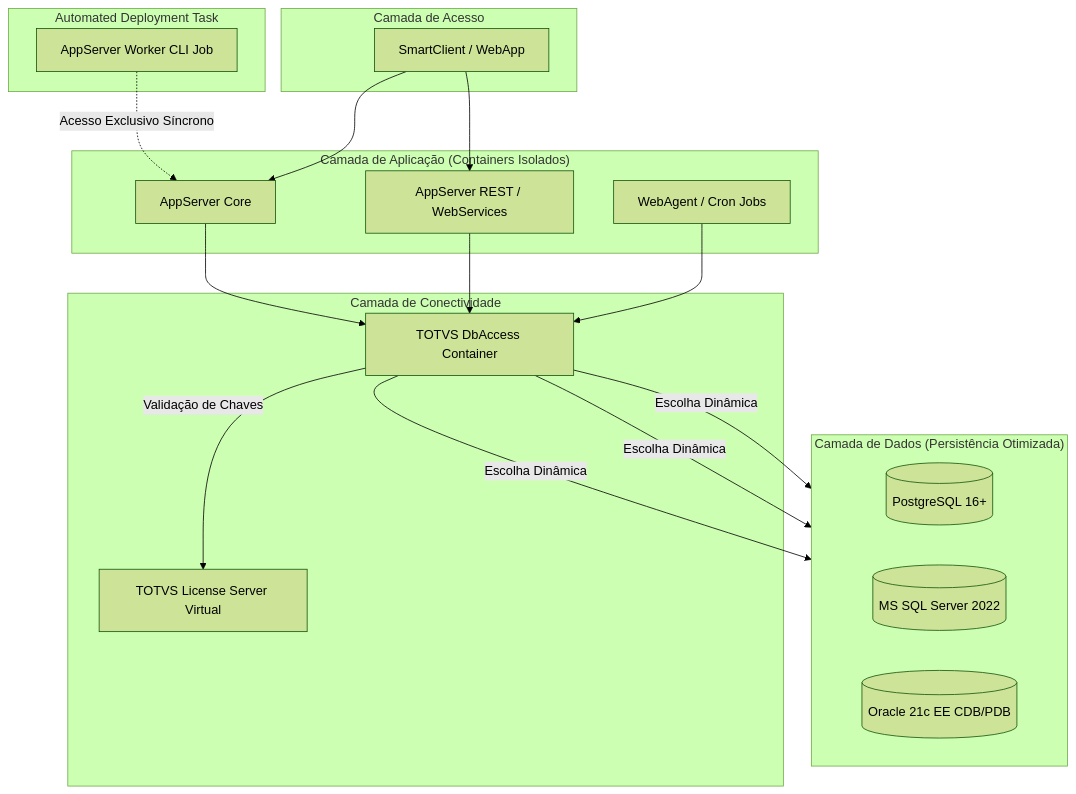
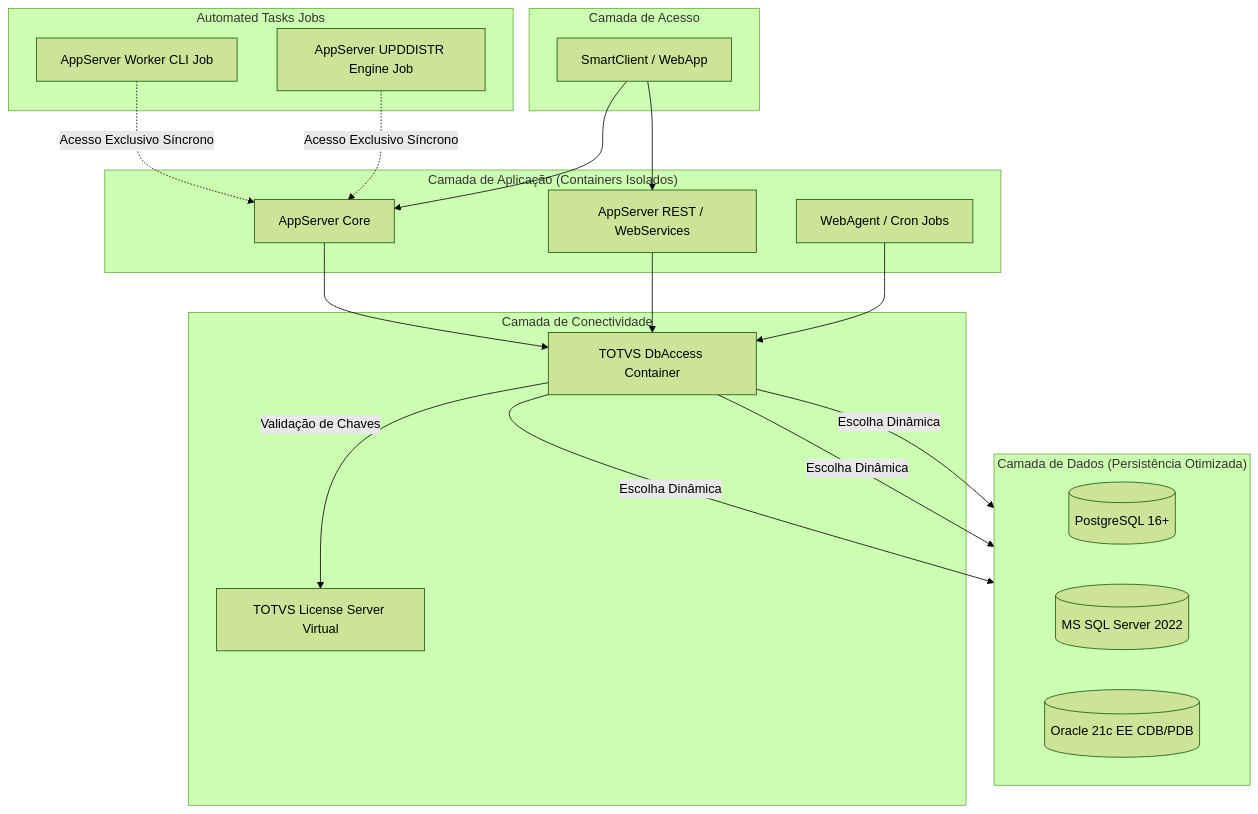
One commit to rodrigomicrosiga/totvs-protheus-modern-devops changed the diagram in README.md. Above: the diagram before and after it, drawn with Mermaid (forest theme). The commit also changed other lines of this file and 4 other files, not shown here.

First line of the commit message:
feat(migrator): implementar engine do upddistr síncrono controlado por variáveis

````diff
--- a/README.md
+++ b/README.md
@@ -13,39 +13,41 @@
 ```mermaid
 graph TD
     subgraph Cliente ["Camada de Acesso"]
         SC[SmartClient / WebApp]
     end
 
     subgraph Core ["Camada de Aplicação (Containers Isolados)"]
         APP[AppServer Core]
         WR[AppServer REST / WebServices]
         WA[WebAgent / Cron Jobs]
     end
 
-    subgraph Automation ["Automated Deployment Task"]
+    subgraph Automation ["Automated Tasks Jobs"]
         WKR[AppServer Worker CLI Job]
+        UPD[AppServer UPDDISTR Engine Job]
     end
 
     subgraph Integration ["Camada de Conectividade"]
         DBA[TOTVS DbAccess Container]
         LIC[TOTVS License Server Virtual]
     end
 
     subgraph Data ["Camada de Dados (Persistência Otimizada)"]
         direction LR
         PG[(PostgreSQL 16+)]
         MS[(MS SQL Server 2022)]
         OR[(Oracle 21c EE CDB/PDB)]
     end
 
     SC --> APP
     SC --> WR
     WKR -.->|Acesso Exclusivo Síncrono| APP
+    UPD -.->|Acesso Exclusivo Síncrono| APP
     APP --> DBA
     WR --> DBA
     WA --> DBA
     DBA -->|Validação de Chaves| LIC
     DBA -->|Escolha Dinâmica| PG
     DBA -->|Escolha Dinâmica| MS
     DBA -->|Escolha Dinâmica| OR
 ```
````
